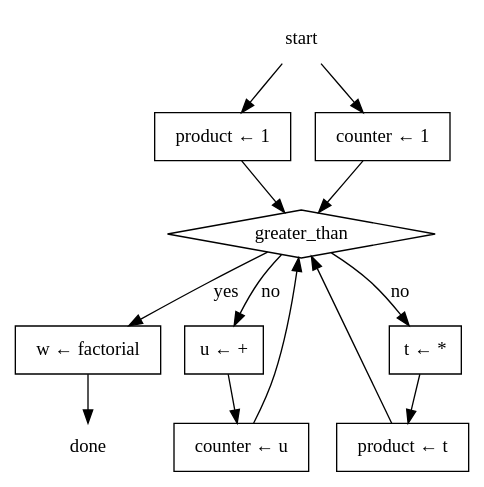
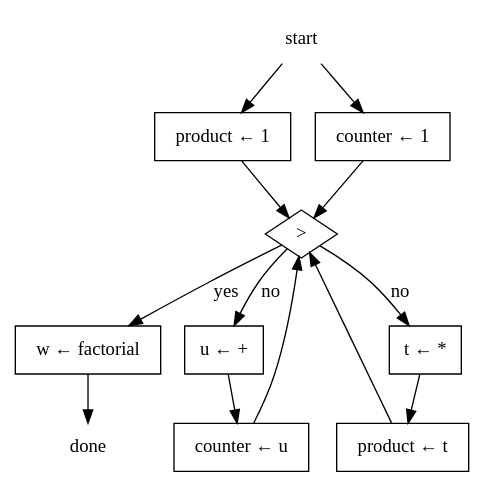
Before and after one commit to klutometis/sicp: the diagram in 5.1/5.1-controller.dot, drawn with Graphviz. The commit also changed 1 other file, not shown here.

Commit message:
symbolic greater-than

```diff
--- a/5.1/5.1-controller.dot
+++ b/5.1/5.1-controller.dot
@@ -1,34 +1,34 @@
 #!/usr/bin/env dot
 digraph conroller {
         {
                 node[shape=plaintext]
                 start
                 done
         }
         {
                 node[shape=diamond]
-                greater_than
+                greater_than[label=">"]
         }
         {
                 node[shape=box]
                 product_1[label="product &larr; 1"]
                 counter_1[label="counter &larr; 1"]
                 w_factorial[label="w &larr; factorial"]
                 u_plus[label="u &larr; +"]
                 t_times[label="t &larr; *"]
                 counter_u[label="counter &larr; u"]
                 product_t[label="product &larr; t"]
         }
         start -> product_1
         start -> counter_1
         product_1 -> greater_than
         counter_1 -> greater_than
         greater_than -> u_plus [label=no]
         greater_than -> t_times [label=no]
         u_plus -> counter_u
         t_times -> product_t
         counter_u -> greater_than
         product_t -> greater_than
         greater_than -> w_factorial [label=yes]
         w_factorial -> done
 }
```
